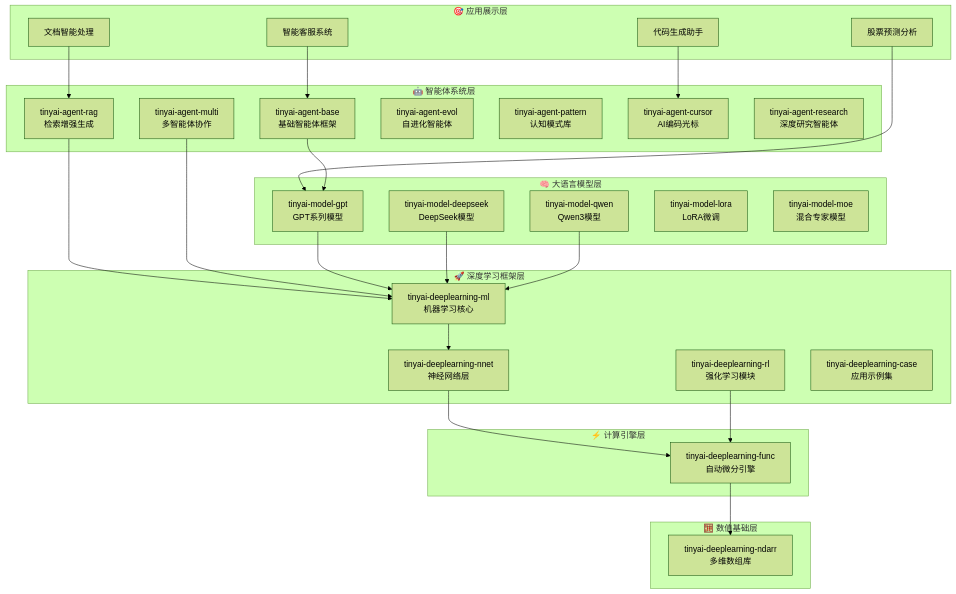
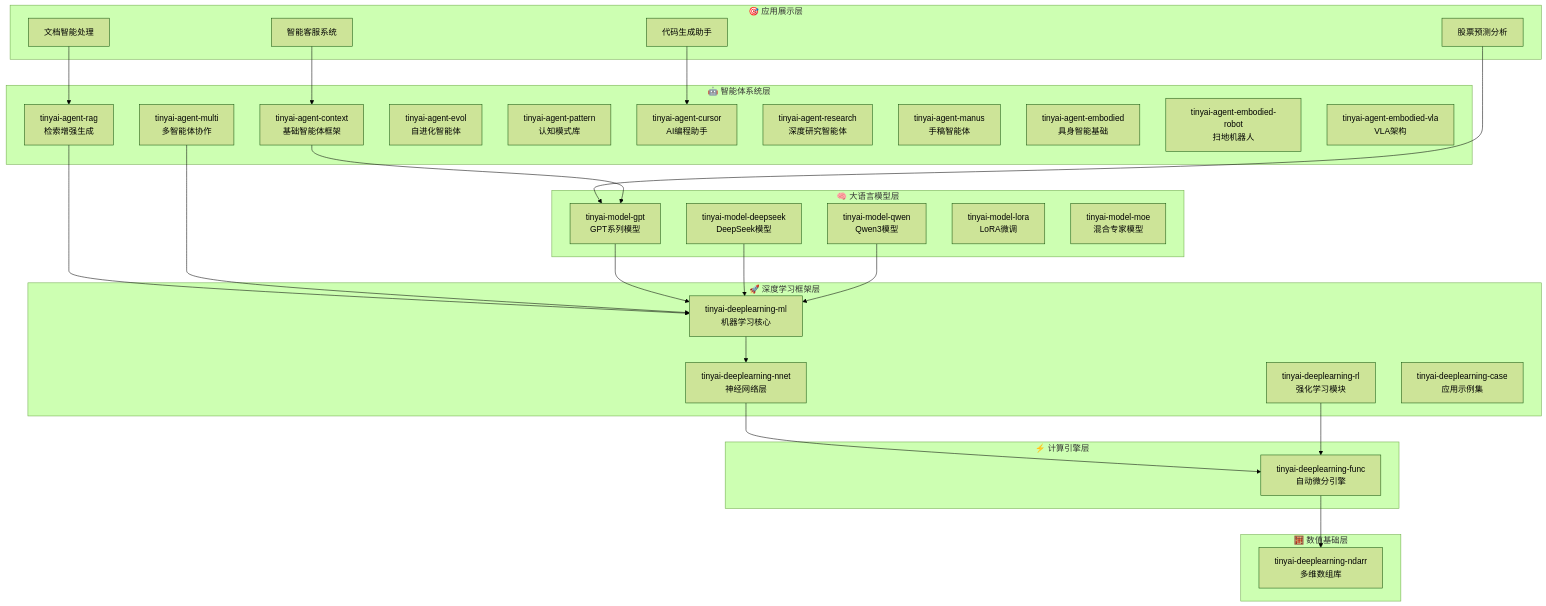
One commit to Leavesfly/TinyAI changed the diagram in README.md. Above: the diagram before and after it, drawn with Mermaid (forest theme). The commit also changed other lines of this file, not shown here.

````diff
--- a/README.md
+++ b/README.md
@@ -46,61 +49,65 @@
 ```mermaid
 graph TB
     subgraph "🎯 应用展示层"
         App1[智能客服系统]
         App2[代码生成助手] 
         App3[文档智能处理]
         App4[股票预测分析]
     end
     
     subgraph "🤖 智能体系统层"
-        Agent1[tinyai-agent-base<br/>基础智能体框架]
+        Agent1[tinyai-agent-context<br/>基础智能体框架]
         Agent2[tinyai-agent-rag<br/>检索增强生成]
         Agent3[tinyai-agent-multi<br/>多智能体协作]
         Agent4[tinyai-agent-evol<br/>自进化智能体]
         Agent5[tinyai-agent-pattern<br/>认知模式库]
-        Agent6[tinyai-agent-cursor<br/>AI编码光标]
+        Agent6[tinyai-agent-cursor<br/>AI编程助手]
         Agent7[tinyai-agent-research<br/>深度研究智能体]
+        Agent8[tinyai-agent-manus<br/>手稿智能体]
+        Agent9[tinyai-agent-embodied<br/>具身智能基础]
+        Agent10[tinyai-agent-embodied-robot<br/>扫地机器人]
+        Agent11[tinyai-agent-embodied-vla<br/>VLA架构]
     end
     
     subgraph "🧠 大语言模型层"
         Model1[tinyai-model-gpt<br/>GPT系列模型]
         Model2[tinyai-model-deepseek<br/>DeepSeek模型]
         Model3[tinyai-model-qwen<br/>Qwen3模型]
         Model4[tinyai-model-lora<br/>LoRA微调]
         Model5[tinyai-model-moe<br/>混合专家模型]
     end
     
     subgraph "🚀 深度学习框架层"
         DL1[tinyai-deeplearning-ml<br/>机器学习核心]
         DL2[tinyai-deeplearning-nnet<br/>神经网络层]
         DL3[tinyai-deeplearning-rl<br/>强化学习模块]
         DL4[tinyai-deeplearning-case<br/>应用示例集]
     end
     
     subgraph "⚡ 计算引擎层"
         Engine1[tinyai-deeplearning-func<br/>自动微分引擎]
     end
     
     subgraph "🧮 数值基础层"
         Base1[tinyai-deeplearning-ndarr<br/>多维数组库]
     end
     
     App1 --> Agent1
     App2 --> Agent6
     App3 --> Agent2
     App4 --> Model1
     
     Agent1 --> Model1
     Agent2 --> DL1
     Agent3 --> DL1
     
     Model1 --> DL1
     Model2 --> DL1
     Model3 --> DL1
     
     DL1 --> DL2
     DL2 --> Engine1
     DL3 --> Engine1
     
     Engine1 --> Base1
 ```
````
